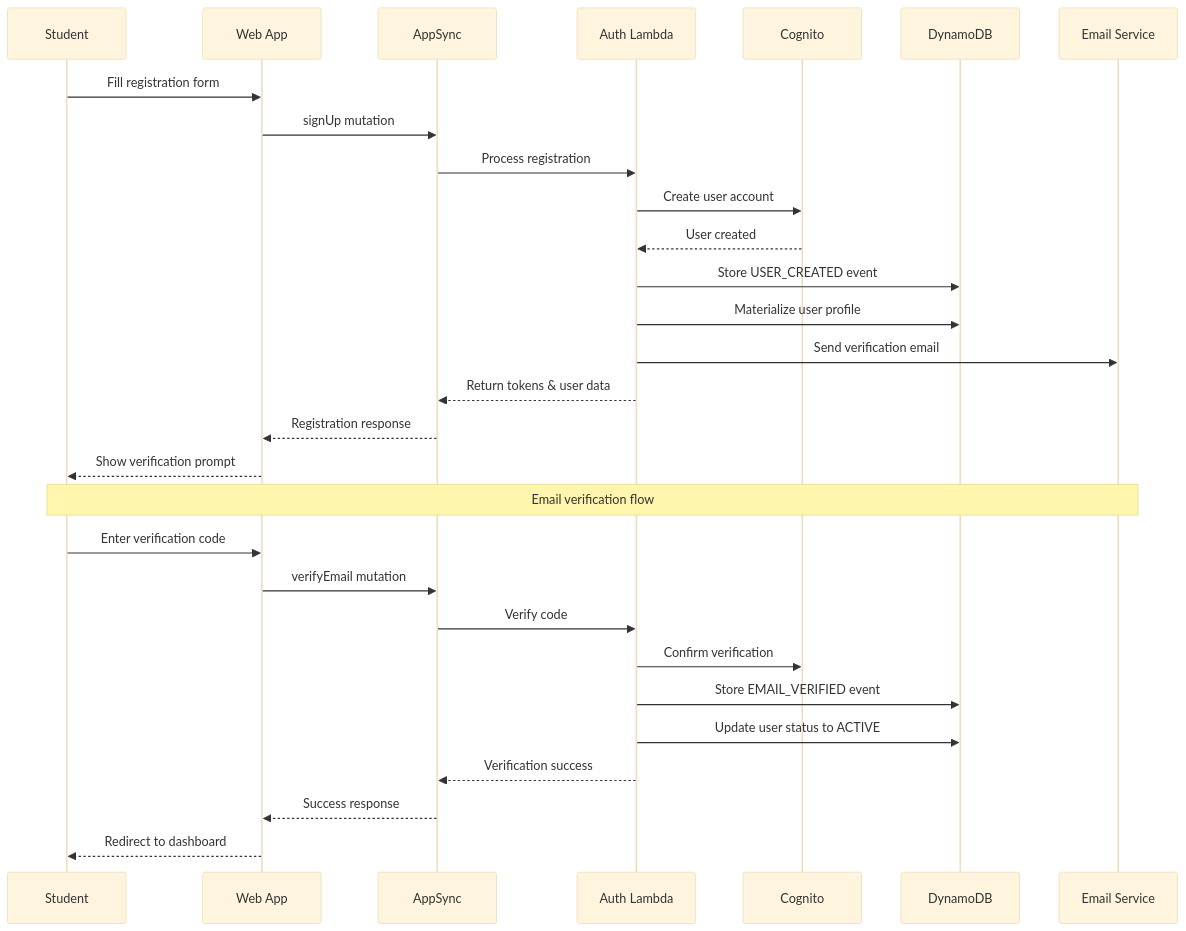
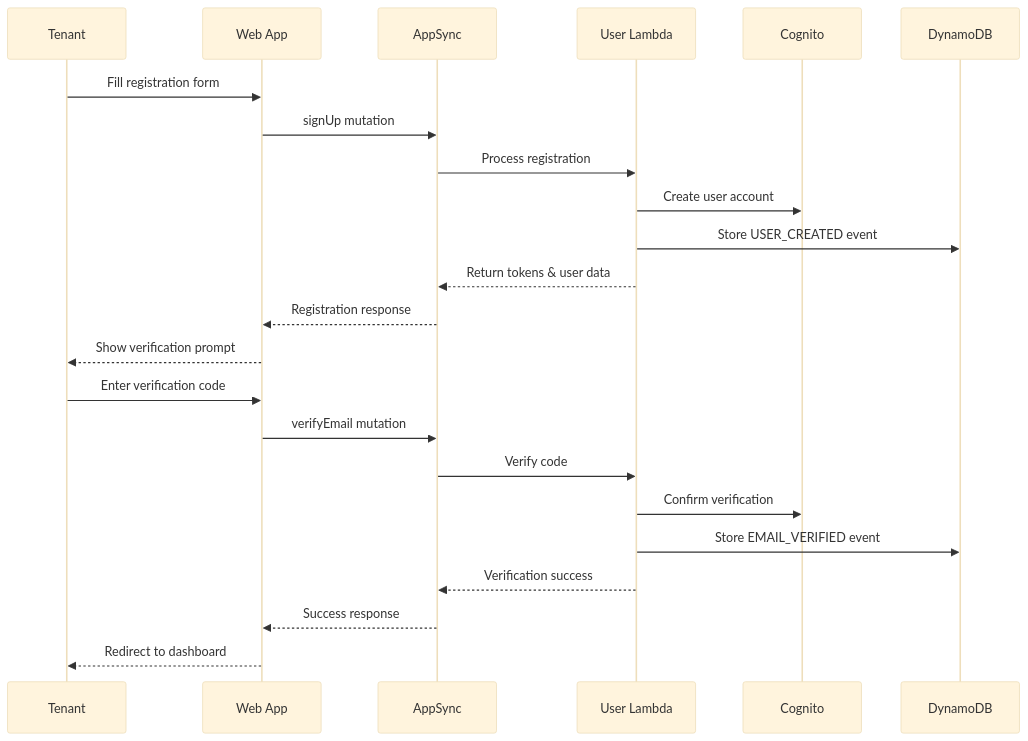
The second of 3 diagrams in user.md (makoye224/nestDocs), drawn with Mermaid (base theme) before and after one commit. The commit also changed other lines of this file, not shown here.

Commit message:
simply user diagram

````diff
--- a/user.md
+++ b/user.md
@@ -106,33 +122,27 @@
 ```mermaid
 sequenceDiagram
-    participant U as Student
+    participant T as Tenant
     participant W as Web App
     participant A as AppSync
-    participant L as Auth Lambda
+    participant L as User Lambda
     participant C as Cognito
     participant D as DynamoDB
-    participant E as Email Service
 
-    U->>W: Fill registration form
+    T->>W: Fill registration form
     W->>A: signUp mutation
     A->>L: Process registration
     L->>C: Create user account
-    C-->>L: User created
     L->>D: Store USER_CREATED event
-    L->>D: Materialize user profile
-    L->>E: Send verification email
     L-->>A: Return tokens & user data
     A-->>W: Registration response
-    W-->>U: Show verification prompt
+    W-->>T: Show verification prompt
     
-    Note over U,E: Email verification flow
-    U->>W: Enter verification code
+    T->>W: Enter verification code
     W->>A: verifyEmail mutation
     A->>L: Verify code
     L->>C: Confirm verification
     L->>D: Store EMAIL_VERIFIED event
-    L->>D: Update user status to ACTIVE
     L-->>A: Verification success
     A-->>W: Success response
-    W-->>U: Redirect to dashboard
+    W-->>T: Redirect to dashboard
 ```
````
